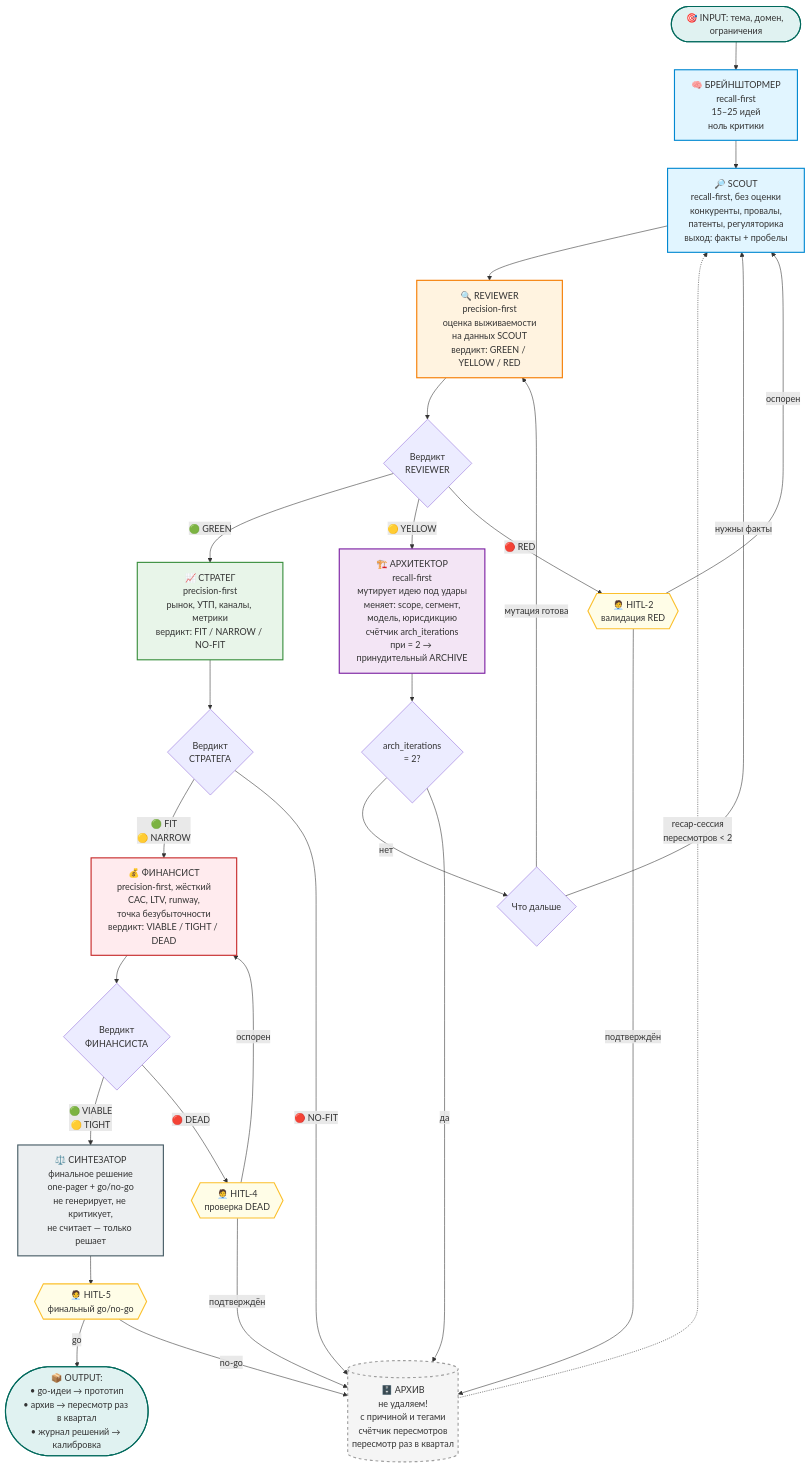
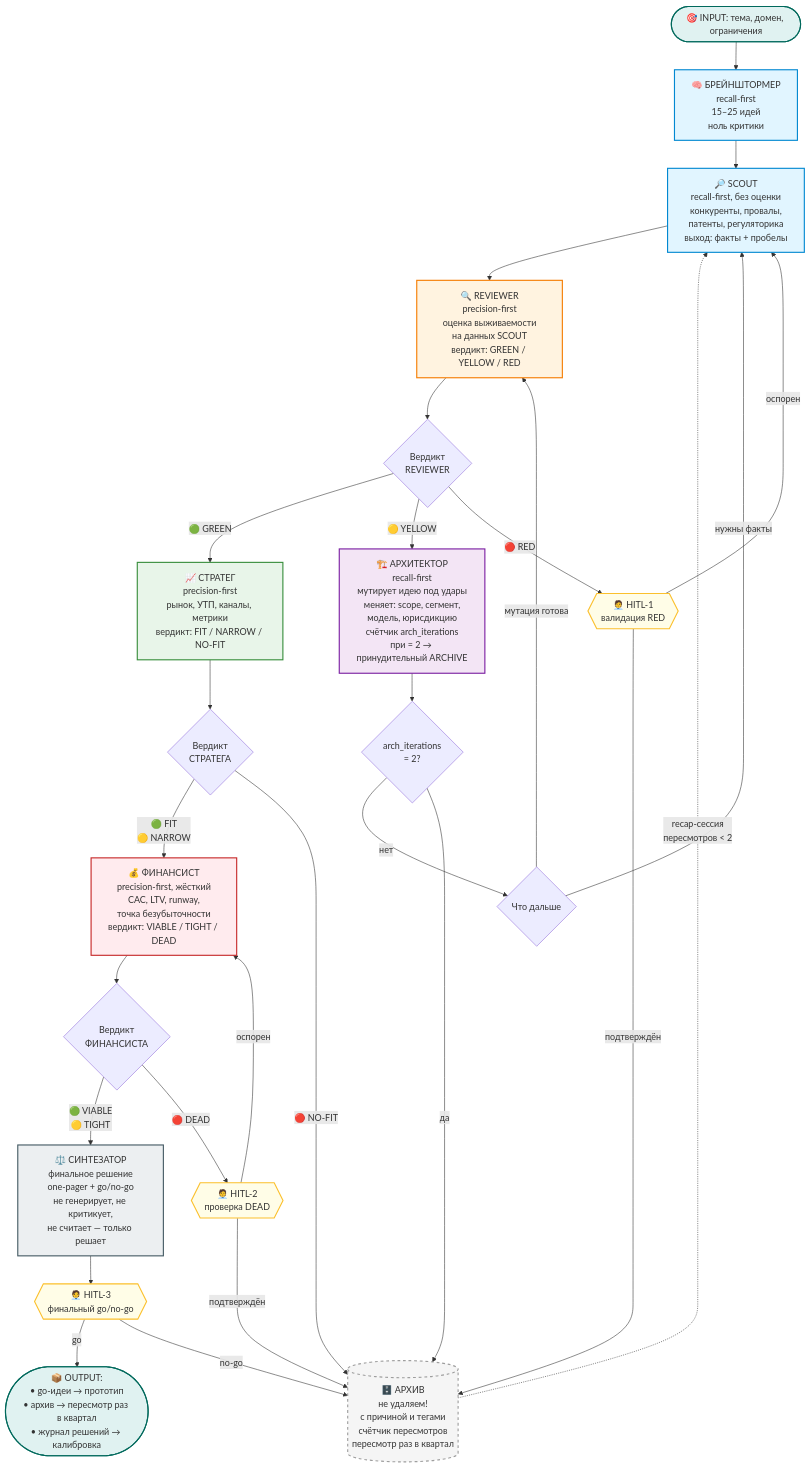
One commit to Strebulaev/idea-generator-public changed the diagram in schema.mermaid. Above: the diagram before and after it, drawn with Mermaid. The commit also changed 14 other files, not shown here.

Commit message:
refactor: align pipeline with new mermaid diagram and two-repo architecture

```diff
--- a/schema.mermaid
+++ b/schema.mermaid
@@ -1,70 +1,70 @@
 flowchart TD
     START([🎯 INPUT: тема, домен, ограничения]) --> BS
 
     BS[🧠 БРЕЙНШТОРМЕР<br/>recall-first<br/>15–25 идей<br/>ноль критики] --> SCOUT
 
     SCOUT[🔎 SCOUT<br/>recall-first, без оценки<br/>конкуренты, провалы,<br/>патенты, регуляторика<br/>выход: факты + пробелы] --> REVIEWER
 
     REVIEWER[🔍 REVIEWER<br/>precision-first<br/>оценка выживаемости<br/>на данных SCOUT<br/>вердикт: GREEN / YELLOW / RED] --> REV_DEC{Вердикт<br/>REVIEWER}
 
     REV_DEC -->|🟢 GREEN| STRAT
     REV_DEC -->|🟡 YELLOW| ARCH
-    REV_DEC -->|🔴 RED| HITL2
+    REV_DEC -->|🔴 RED| HITL1
 
-    HITL2{{🧑‍💼 HITL-2<br/>валидация RED}} -->|подтверждён| ARCHIVE
-    HITL2 -->|оспорен| SCOUT
+    HITL1{{🧑‍💼 HITL-1<br/>валидация RED}} -->|подтверждён| ARCHIVE
+    HITL1 -->|оспорен| SCOUT
 
     ARCH[🏗️ АРХИТЕКТОР<br/>recall-first<br/>мутирует идею под удары<br/>меняет: scope, сегмент,<br/>модель, юрисдикцию<br/>счётчик arch_iterations<br/>при = 2 → принудительный ARCHIVE]
 
     ARCH --> ARCH_DEC{arch_iterations<br/>= 2?}
     ARCH_DEC -->|нет| ARCH_NEXT{Что дальше}
     ARCH_DEC -->|да| ARCHIVE
 
     ARCH_NEXT -->|мутация готова| REVIEWER
     ARCH_NEXT -->|нужны факты| SCOUT
 
     STRAT[📈 СТРАТЕГ<br/>precision-first<br/>рынок, УТП, каналы, метрики<br/>вердикт: FIT / NARROW / NO-FIT] --> STRAT_DEC{Вердикт<br/>СТРАТЕГА}
 
     STRAT_DEC -->|🟢 FIT<br/>🟡 NARROW| FIN
     STRAT_DEC -->|🔴 NO-FIT| ARCHIVE
 
     FIN[💰 ФИНАНСИСТ<br/>precision-first, жёсткий<br/>CAC, LTV, runway,<br/>точка безубыточности<br/>вердикт: VIABLE / TIGHT / DEAD] --> FIN_DEC{Вердикт<br/>ФИНАНСИСТА}
 
     FIN_DEC -->|🟢 VIABLE<br/>🟡 TIGHT| SYNTH
-    FIN_DEC -->|🔴 DEAD| HITL4
+    FIN_DEC -->|🔴 DEAD| HITL2
 
-    HITL4{{🧑‍💼 HITL-4<br/>проверка DEAD}} -->|подтверждён| ARCHIVE
-    HITL4 -->|оспорен| FIN
+    HITL2{{🧑‍💼 HITL-2<br/>проверка DEAD}} -->|подтверждён| ARCHIVE
+    HITL2 -->|оспорен| FIN
 
-    SYNTH[⚖️ СИНТЕЗАТОР<br/>финальное решение<br/>one-pager + go/no-go<br/>не генерирует, не критикует,<br/>не считает — только решает] --> HITL5
+    SYNTH[⚖️ СИНТЕЗАТОР<br/>финальное решение<br/>one-pager + go/no-go<br/>не генерирует, не критикует,<br/>не считает — только решает] --> HITL3
 
-    HITL5{{🧑‍💼 HITL-5<br/>финальный go/no-go}} -->|go| OUT
-    HITL5 -->|no-go| ARCHIVE
+    HITL3{{🧑‍💼 HITL-3<br/>финальный go/no-go}} -->|go| OUT
+    HITL3 -->|no-go| ARCHIVE
 
     OUT([📦 OUTPUT:<br/>• go-идеи → прототип<br/>• архив → пересмотр раз в квартал<br/>• журнал решений → калибровка])
 
     ARCHIVE[(🗄️ АРХИВ<br/>не удаляем!<br/>с причиной и тегами<br/>счётчик пересмотров<br/>пересмотр раз в квартал)]
 
     ARCHIVE -.->|recap-сессия<br/>пересмотров < 2| SCOUT
 
     classDef brainstorm fill:#e1f5ff,stroke:#0288d1,stroke-width:2px
     classDef scout fill:#e1f5ff,stroke:#0288d1,stroke-width:2px
     classDef review fill:#fff3e0,stroke:#f57c00,stroke-width:2px
     classDef architect fill:#f3e5f5,stroke:#7b1fa2,stroke-width:2px
     classDef strategist fill:#e8f5e9,stroke:#388e3c,stroke-width:2px
     classDef financier fill:#ffebee,stroke:#c62828,stroke-width:2px
     classDef synthesizer fill:#eceff1,stroke:#455a64,stroke-width:2px
     classDef archive fill:#f5f5f5,stroke:#9e9e9e,stroke-width:2px,stroke-dasharray: 5 5
     classDef hitl fill:#fffde7,stroke:#fbc02d,stroke-width:2px
     classDef output fill:#e0f2f1,stroke:#00695c,stroke-width:2px
 
     class BS brainstorm
     class SCOUT scout
     class REVIEWER review
     class ARCH architect
     class STRAT strategist
     class FIN financier
     class SYNTH synthesizer
     class ARCHIVE archive
-    class HITL2,HITL4,HITL5 hitl
+    class HITL1,HITL2,HITL3 hitl
     class OUT,START output
```
